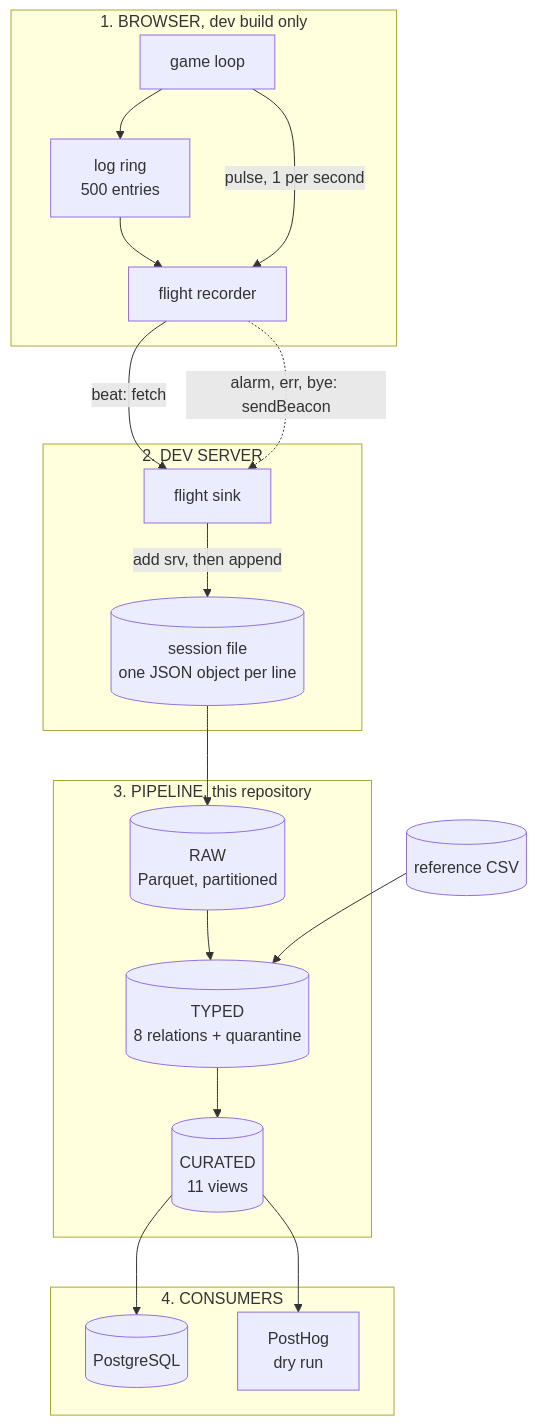
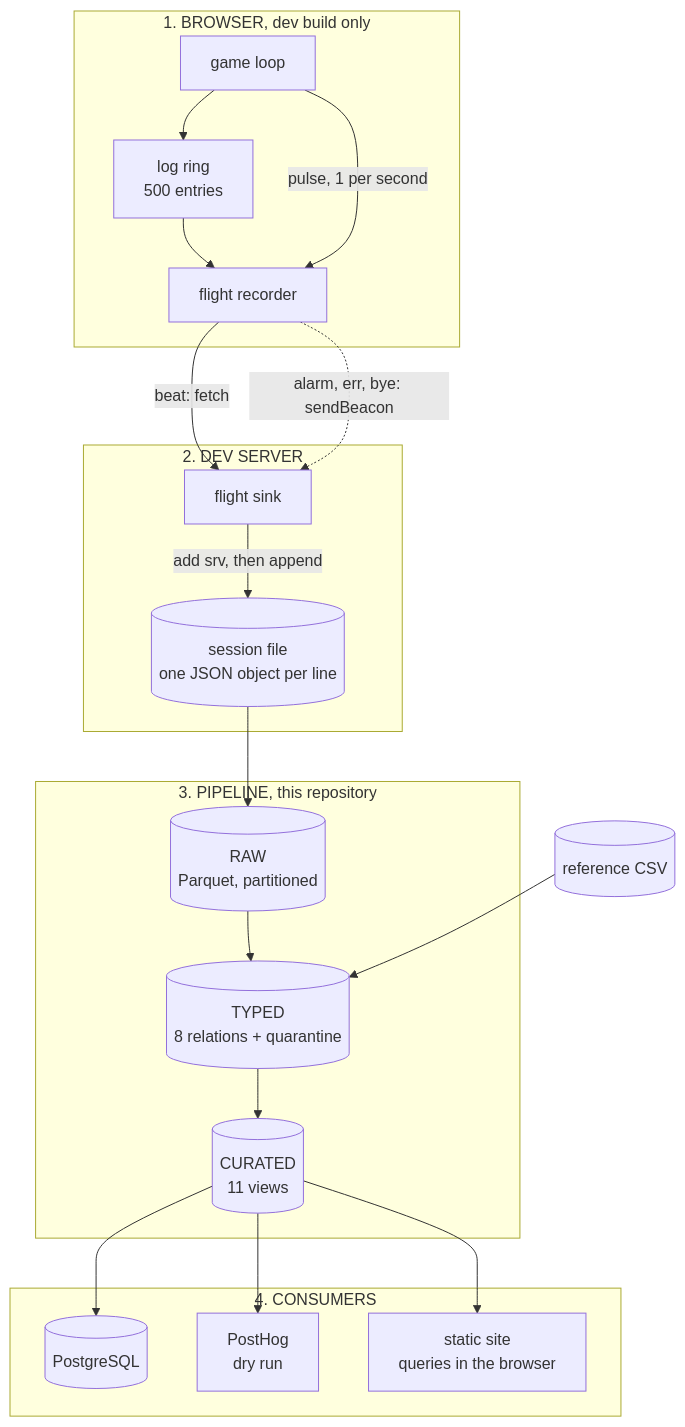
Before and after one commit to MrBisonte/flightdeck: the first of 4 diagrams in docs/architecture.md, drawn with Mermaid. The commit also changed other lines of this file and 1 other file, not shown here.

First line of the commit message:
docs: record the site as a third consumer of the curated layer

````diff
--- a/docs/architecture.md
+++ b/docs/architecture.md
@@ -23,35 +23,37 @@
 ```mermaid
 flowchart TB
   subgraph A["1. BROWSER, dev build only"]
     game["game loop"]
     ring["log ring<br/>500 entries"]
     rec["flight recorder"]
     game --> ring --> rec
     game -->|"pulse, 1 per second"| rec
   end
 
   subgraph B["2. DEV SERVER"]
     sink["flight sink"]
     log[("session file<br/>one JSON object per line")]
     sink -->|"add srv, then append"| log
   end
 
   subgraph C["3. PIPELINE, this repository"]
     raw[("RAW<br/>Parquet, partitioned")]
     typed[("TYPED<br/>8 relations + quarantine")]
     cur[("CURATED<br/>11 views")]
     raw --> typed --> cur
   end
 
   subgraph D["4. CONSUMERS"]
     pg[("PostgreSQL")]
     ph["PostHog<br/>dry run"]
+    site["static site<br/>queries in the browser"]
   end
 
   rec -->|"beat: fetch"| sink
   rec -.->|"alarm, err, bye: sendBeacon"| sink
   log --> raw
   ref[("reference CSV")] --> typed
   cur --> pg
   cur --> ph
+  cur --> site
 ```
````
